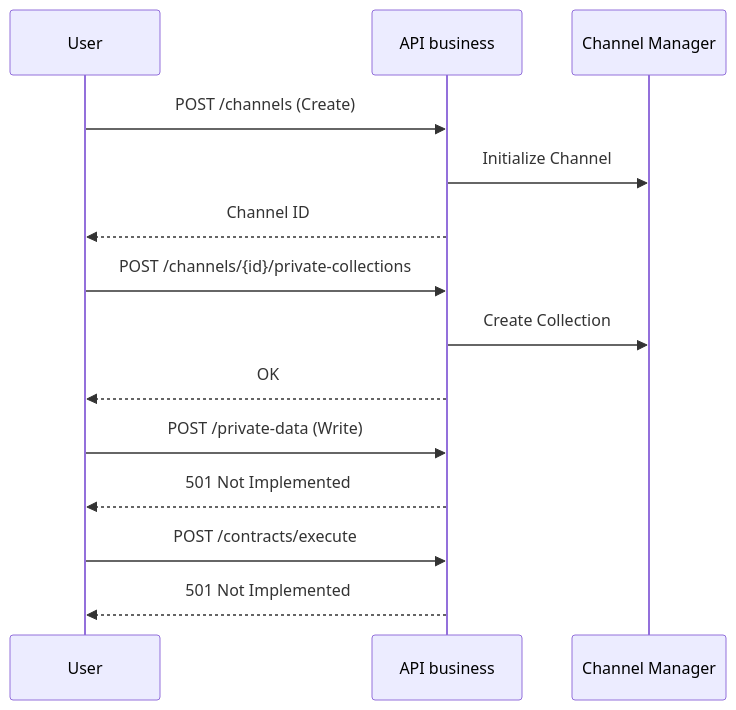
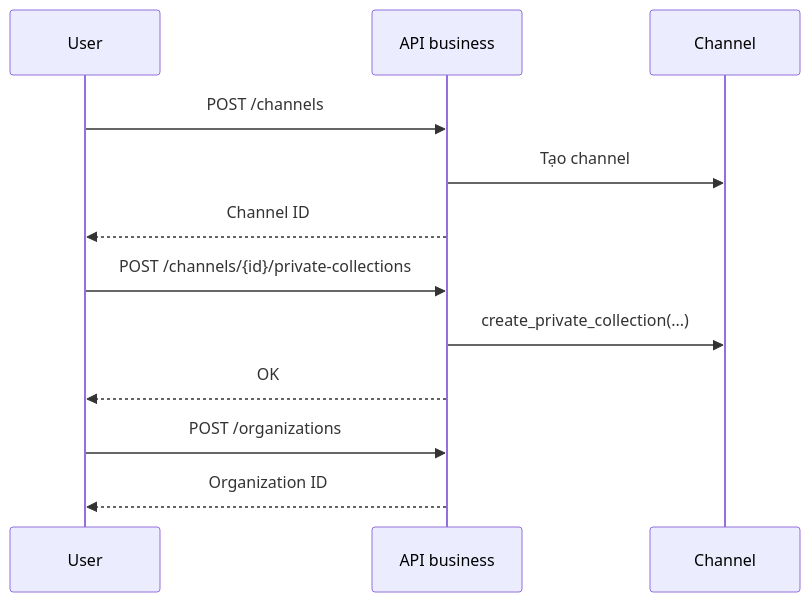
The diagram in docs/vi/reference/api-business.md (VanDung-dev/HieraChain), drawn with Mermaid before and after one commit. The commit also changed other lines of this file and 87 other files, not shown here.

````diff
--- a/docs/vi/reference/api-business.md
+++ b/docs/vi/reference/api-business.md
@@ -19,20 +19,17 @@
 ```mermaid
 sequenceDiagram
     participant User
     participant API as API business
-    participant Channel as Channel Manager
+    participant Channel as Channel
 
-    User->>API: POST /channels (Create)
-    API->>Channel: Initialize Channel
+    User->>API: POST /channels
+    API->>Channel: Tạo channel
     API-->>User: Channel ID
 
     User->>API: POST /channels/{id}/private-collections
-    API->>Channel: Create Collection
+    API->>Channel: create_private_collection(...)
     API-->>User: OK
 
-    User->>API: POST /private-data (Write)
-    API-->>User: 501 Not Implemented
-
-    User->>API: POST /contracts/execute
-    API-->>User: 501 Not Implemented
+    User->>API: POST /organizations
+    API-->>User: Organization ID
 ```
````
